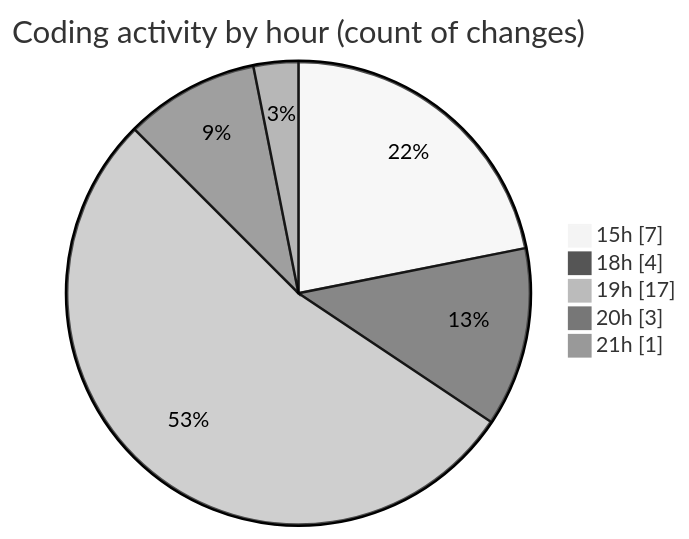
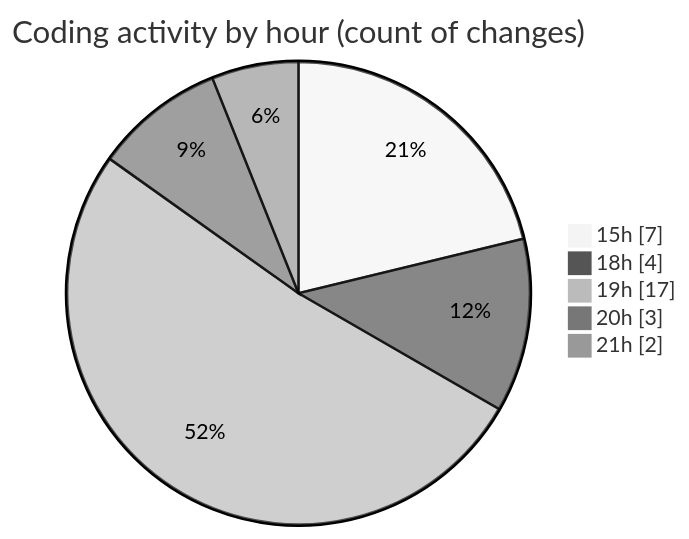
The second of 2 diagrams in 2025-02-08/maps_clone/README.md (donsfak/code-tracking), drawn with Mermaid (neutral theme) before and after one commit. The commit also changed other lines of this file and 1 other file, not shown here.

````diff
--- a/2025-02-08/maps_clone/README.md
+++ b/2025-02-08/maps_clone/README.md
@@ -32,9 +32,9 @@
 ```mermaid
 pie showData
 title Coding activity by hour (count of changes)
 "15h" : 7
 "18h" : 4
 "19h" : 17
 "20h" : 3
-"21h" : 1
+"21h" : 2
 ```
````
